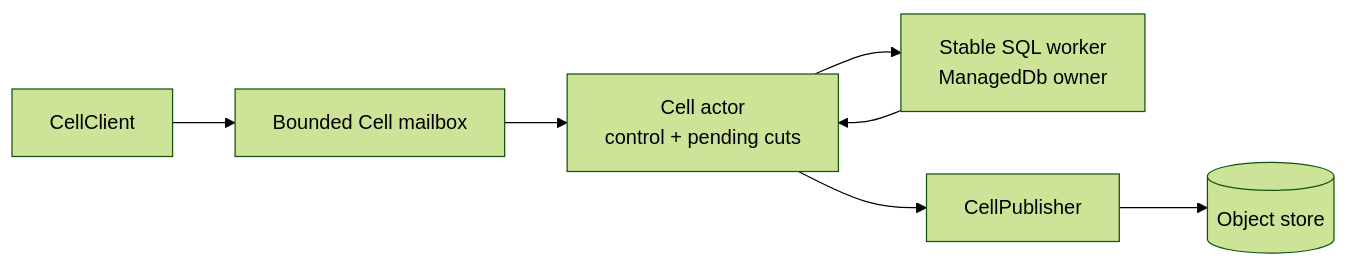
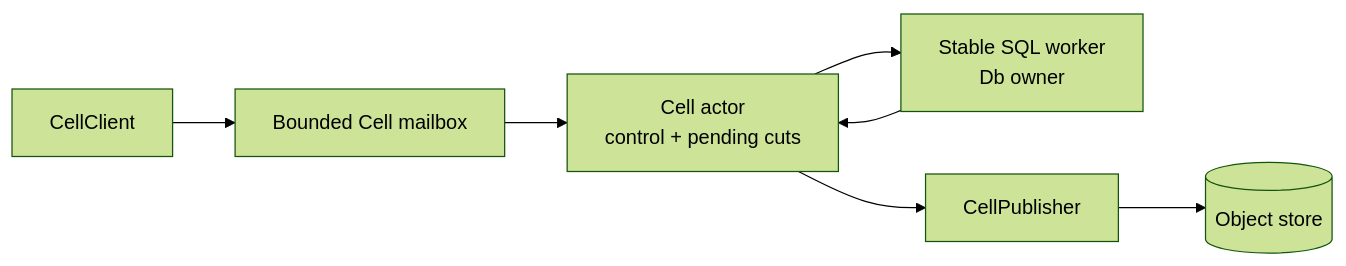
The first of 4 diagrams in crates/crab-cell-runtime/docs/runtime.md (crabbuild/crab), drawn with Mermaid (forest theme) before and after one commit. The commit also changed other lines of this file and 41 other files, not shown here.

````diff
--- a/crates/crab-cell-runtime/docs/runtime.md
+++ b/crates/crab-cell-runtime/docs/runtime.md
@@ -24,14 +24,14 @@
 ```mermaid
 flowchart LR
     Caller[CellClient]
     Mailbox[Bounded Cell mailbox]
     Actor[Cell actor<br/>control + pending cuts]
-    Worker[Stable SQL worker<br/>ManagedDb owner]
+    Worker[Stable SQL worker<br/>Db owner]
     Publisher[CellPublisher]
     Origin[(Object store)]
 
     Caller --> Mailbox --> Actor
     Actor --> Worker
     Worker --> Actor
     Actor --> Publisher --> Origin
 ```
````
